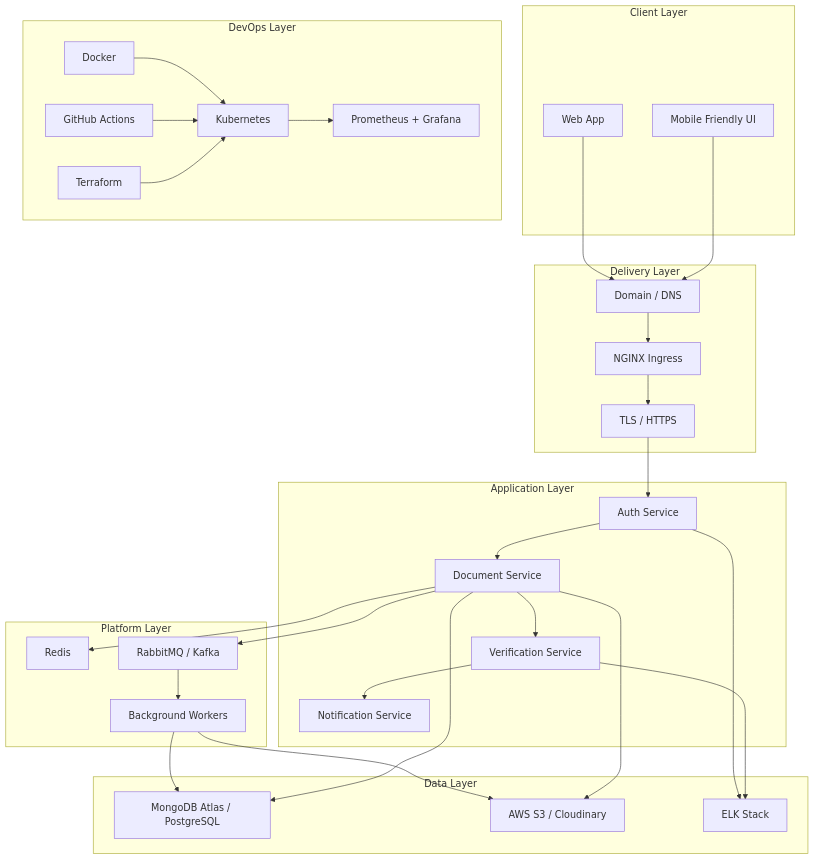
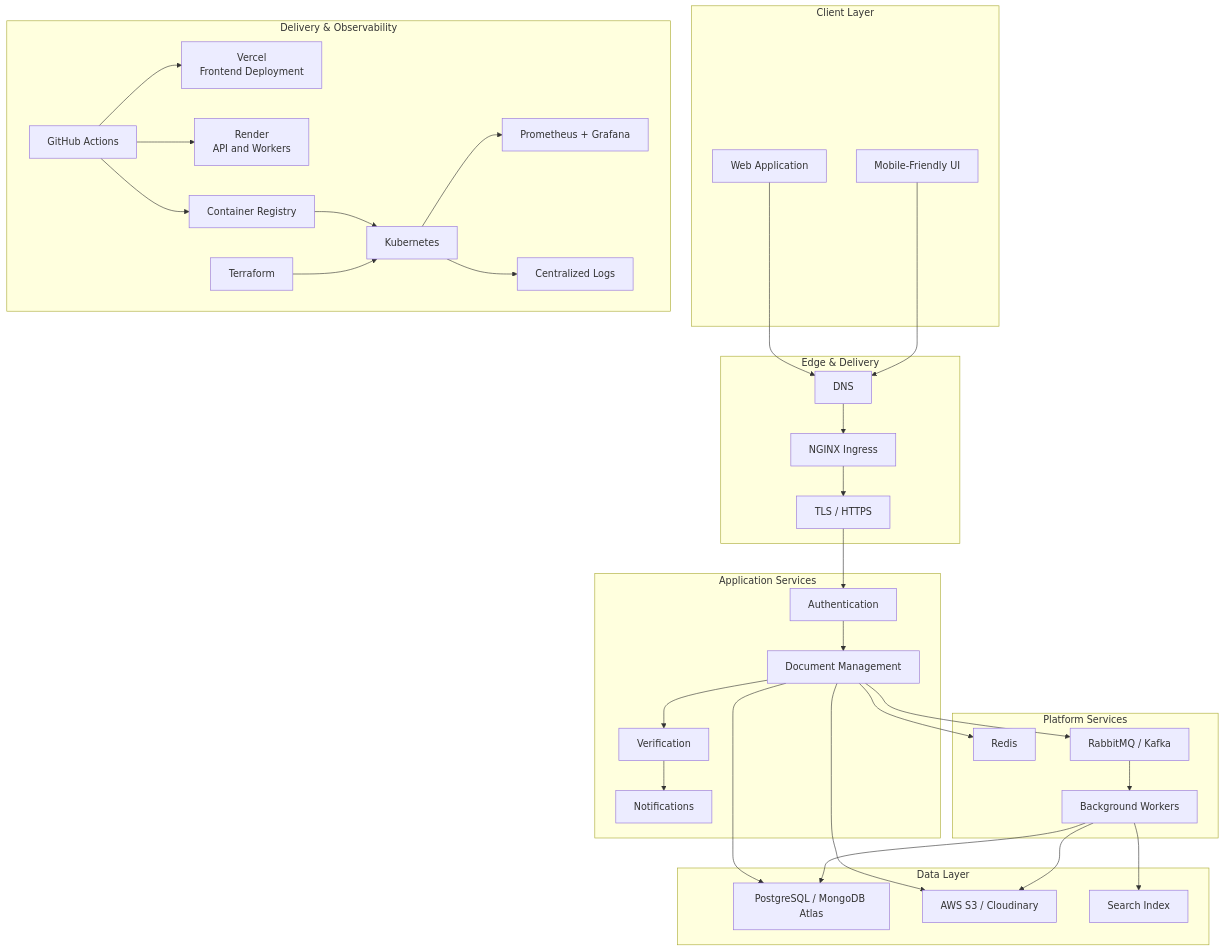
One commit to Krishnx21/CertiVault changed the third of 4 diagrams in README.md. Above: the diagram before and after it, drawn with Mermaid. The commit also changed other lines of this file, not shown here.

````diff
--- a/README.md
+++ b/README.md
@@ -126,59 +208,61 @@
 ```mermaid
 flowchart TB
-    subgraph Client["Client Layer"]
-        Web["Web App"]
-        Mobile["Mobile Friendly UI"]
+    subgraph Clients["Client Layer"]
+        Web["Web Application"]
+        Mobile["Mobile-Friendly UI"]
     end
 
-    subgraph Delivery["Delivery Layer"]
-        DNS["Domain / DNS"]
+    subgraph Edge["Edge & Delivery"]
+        DNS["DNS"]
         Ingress["NGINX Ingress"]
         TLS["TLS / HTTPS"]
     end
 
-    subgraph App["Application Layer"]
-        Auth["Auth Service"]
-        Doc["Document Service"]
-        Verify["Verification Service"]
-        Notify["Notification Service"]
+    subgraph Services["Application Services"]
+        Auth["Authentication"]
+        Documents["Document Management"]
+        Verification["Verification"]
+        Notifications["Notifications"]
     end
 
-    subgraph Platform["Platform Layer"]
-        Redis["Redis"]
+    subgraph Platform["Platform Services"]
+        Cache["Redis"]
         Queue["RabbitMQ / Kafka"]
         Workers["Background Workers"]
     end
 
     subgraph Data["Data Layer"]
-        DB["MongoDB Atlas / PostgreSQL"]
-        Files["AWS S3 / Cloudinary"]
-        Logs["ELK Stack"]
+        Database["PostgreSQL / MongoDB Atlas"]
+        Storage["AWS S3 / Cloudinary"]
+        Search["Search Index"]
     end
 
-    subgraph DevOps["DevOps Layer"]
-        Docker["Docker"]
-        K8s["Kubernetes"]
+    subgraph Operations["Delivery & Observability"]
         Actions["GitHub Actions"]
+        Vercel["Vercel<br/>Frontend Deployment"]
+        Render["Render<br/>API and Workers"]
+        Registry["Container Registry"]
+        Kubernetes["Kubernetes"]
         Terraform["Terraform"]
         Monitor["Prometheus + Grafana"]
+        Logs["Centralized Logs"]
     end
 
-    Web --> DNS --> Ingress --> TLS --> Auth
+    Web --> DNS
     Mobile --> DNS
-    Auth --> Doc
-    Doc --> Verify
-    Verify --> Notify
-    Doc --> Redis
-    Doc --> Queue
-    Queue --> Workers
-    Workers --> DB
-    Workers --> Files
-    Doc --> DB
-    Doc --> Files
-    Auth --> Logs
-    Verify --> Logs
-    Docker --> K8s
-    Actions --> K8s
-    Terraform --> K8s
-    K8s --> Monitor
+    DNS --> Ingress --> TLS --> Auth
+    Auth --> Documents --> Verification --> Notifications
+    Documents --> Cache
+    Documents --> Queue --> Workers
+    Documents --> Database
+    Documents --> Storage
+    Workers --> Database
+    Workers --> Storage
+    Workers --> Search
+    Actions --> Vercel
+    Actions --> Render
+    Actions --> Registry --> Kubernetes
+    Terraform --> Kubernetes
+    Kubernetes --> Monitor
+    Kubernetes --> Logs
 ```
````
